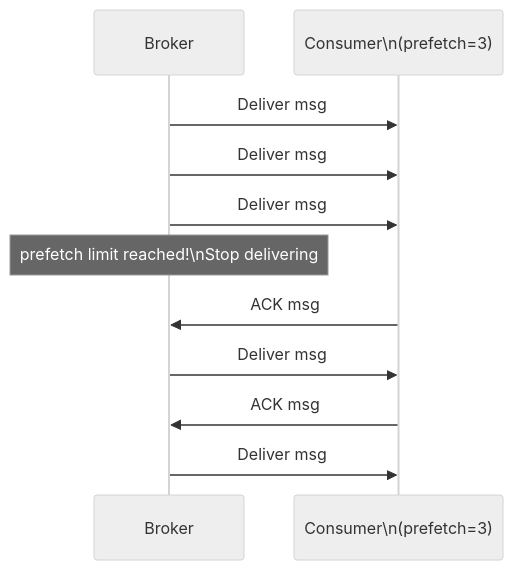
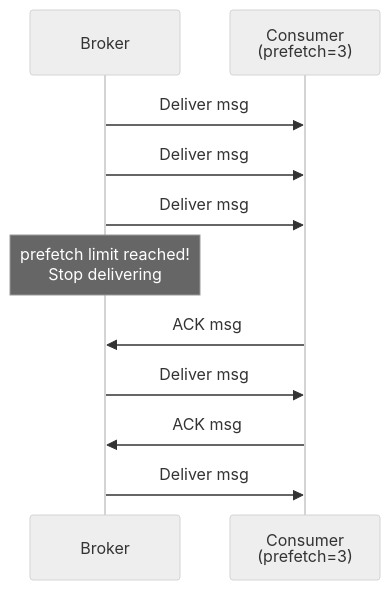
Diagram 12 of 15 in quartz/content/Microservices-Patterns/RabbitMQ-Configuration-Deep-Dive.md (dangthobach/dangthobach.github.io), drawn with Mermaid (neutral theme) before and after one commit. The commit also changed other lines of this file and 114 other files, not shown here.

````diff
--- a/quartz/content/Microservices-Patterns/RabbitMQ-Configuration-Deep-Dive.md
+++ b/quartz/content/Microservices-Patterns/RabbitMQ-Configuration-Deep-Dive.md
@@ -427,14 +427,14 @@
 ```mermaid
 sequenceDiagram
     participant B as Broker
-    participant C as Consumer\n(prefetch=3)
+    participant C as Consumer<br/>(prefetch=3)
 
     B->>C: Deliver msg #1 (unacked: 1)
     B->>C: Deliver msg #2 (unacked: 2)
     B->>C: Deliver msg #3 (unacked: 3)
-    Note over B: prefetch limit reached!\nStop delivering
+    Note over B: prefetch limit reached!<br/>Stop delivering
     C->>B: ACK msg #1 (unacked: 2)
     B->>C: Deliver msg #4 (unacked: 3)
     C->>B: ACK msg #2, #3 (unacked: 1)
     B->>C: Deliver msg #5, #6 (unacked: 3)
 ```
````
